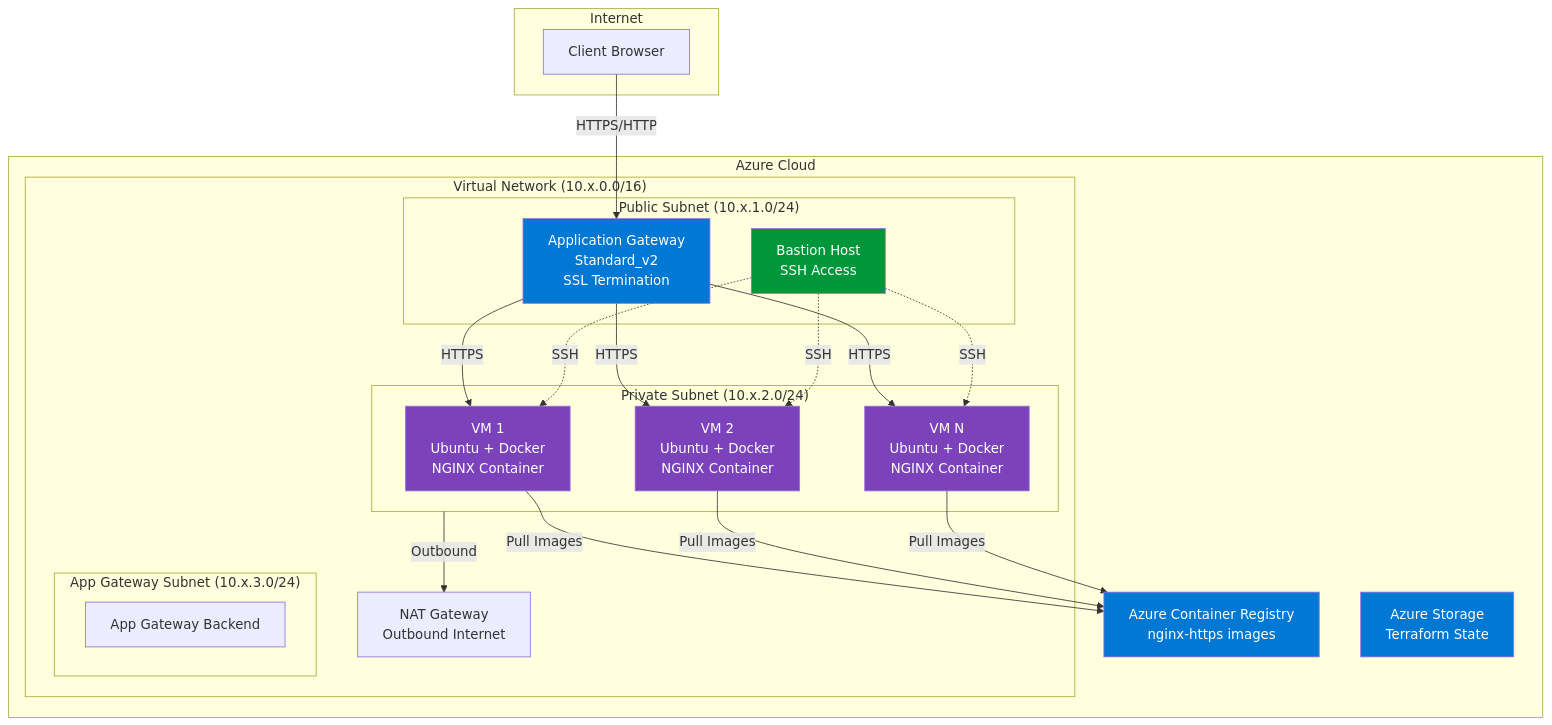
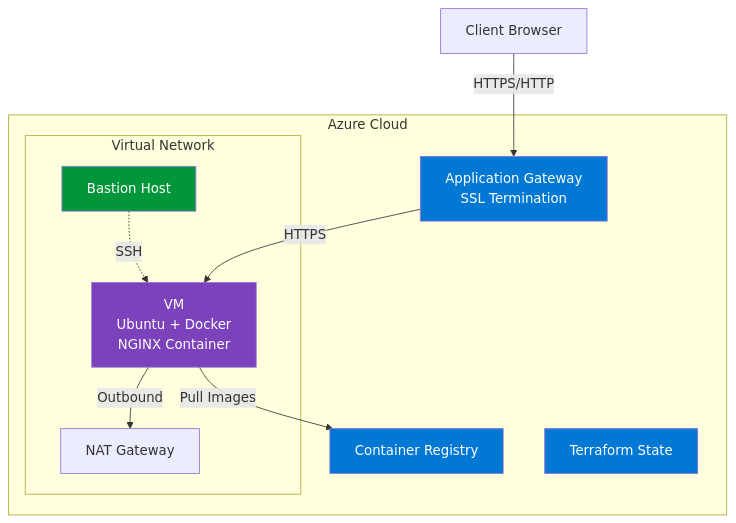
One commit to navyarathore/azure_terraform_infrastructure_optimization changed the diagram in README.md. Above: the diagram before and after it, drawn with Mermaid. The commit also changed other lines of this file, not shown here.

````diff
--- a/README.md
+++ b/README.md
@@ -43,50 +43,27 @@
 ```mermaid
 graph TB
-    subgraph Internet
-        Client[Client Browser]
+    Client[Client Browser] -->|HTTPS/HTTP| AppGW
+    
+    subgraph Azure["Azure Cloud"]
+        AppGW[Application Gateway<br/>SSL Termination]
+        
+        subgraph VNet["Virtual Network"]
+            Bastion[Bastion Host] -.->|SSH| VM
+            VM[VM<br/>Ubuntu + Docker<br/>NGINX Container]
+            NAT[NAT Gateway]
+        end
+        
+        ACR[Container Registry]
+        Storage[Terraform State]
     end
     
-    subgraph Azure["Azure Cloud"]
-        subgraph VNet["Virtual Network (10.x.0.0/16)"]
-            subgraph PublicSubnet["Public Subnet (10.x.1.0/24)"]
-                AppGW[Application Gateway<br/>Standard_v2<br/>SSL Termination]
-                Bastion[Bastion Host<br/>SSH Access]
-            end
-            
-            subgraph AppGWSubnet["App Gateway Subnet (10.x.3.0/24)"]
-                AppGWBackend[App Gateway Backend]
-            end
-            
-            subgraph PrivateSubnet["Private Subnet (10.x.2.0/24)"]
-                VM1[VM 1<br/>Ubuntu + Docker<br/>NGINX Container]
-                VM2[VM 2<br/>Ubuntu + Docker<br/>NGINX Container]
-                VM3[VM N<br/>Ubuntu + Docker<br/>NGINX Container]
-            end
-            
-            NAT[NAT Gateway<br/>Outbound Internet]
-        end
-        
-        ACR[Azure Container Registry<br/>nginx-https images]
-        Storage[Azure Storage<br/>Terraform State]
-    end
-    
-    Client -->|HTTPS/HTTP| AppGW
-    AppGW -->|HTTPS| VM1
-    AppGW -->|HTTPS| VM2
-    AppGW -->|HTTPS| VM3
-    Bastion -.->|SSH| VM1
-    Bastion -.->|SSH| VM2
-    Bastion -.->|SSH| VM3
-    VM1 -->|Pull Images| ACR
-    VM2 -->|Pull Images| ACR
-    VM3 -->|Pull Images| ACR
-    PrivateSubnet -->|Outbound| NAT
+    AppGW -->|HTTPS| VM
+    VM -->|Pull Images| ACR
+    VM -->|Outbound| NAT
     
     style AppGW fill:#0078D4,color:#fff
     style ACR fill:#0078D4,color:#fff
     style Storage fill:#0078D4,color:#fff
-    style VM1 fill:#7B42BC,color:#fff
-    style VM2 fill:#7B42BC,color:#fff
-    style VM3 fill:#7B42BC,color:#fff
+    style VM fill:#7B42BC,color:#fff
     style Bastion fill:#009639,color:#fff
 ```
````
